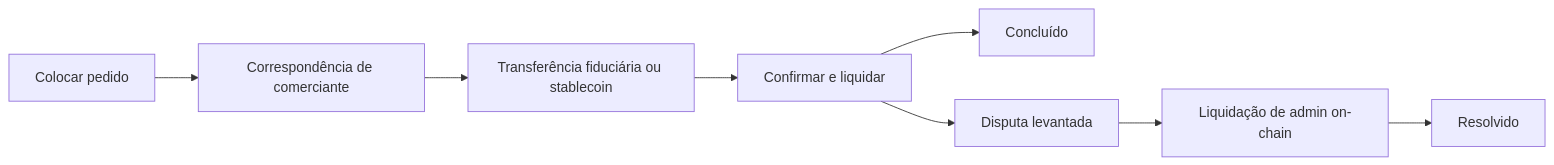
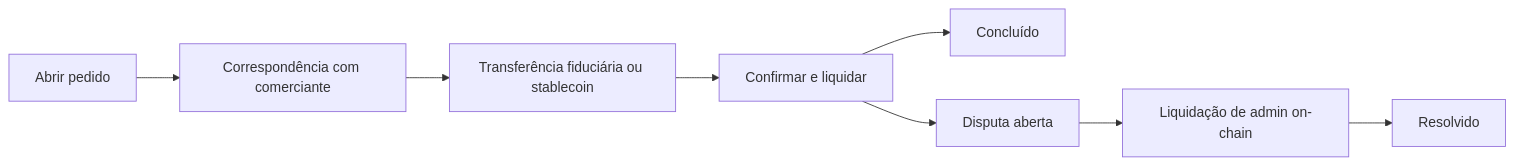
Before and after one commit to uditstocks/docs.p2pdotme: the diagram in translations/pt/whitepaper/03-3-system-overview.md, drawn with Mermaid. The commit also changed other lines of this file and 263 other files, not shown here.

````diff
--- a/translations/pt/whitepaper/03-3-system-overview.md
+++ b/translations/pt/whitepaper/03-3-system-overview.md
@@ -37,10 +37,10 @@
 ```mermaid
 flowchart LR
-    place[Colocar pedido] --> match[Correspondência de comerciante]
+    place[Abrir pedido] --> match[Correspondência com comerciante]
     match --> transfer[Transferência fiduciária ou stablecoin]
     transfer --> confirm[Confirmar e liquidar]
     confirm --> done[Concluído]
-    confirm --> dispute[Disputa levantada]
+    confirm --> dispute[Disputa aberta]
     dispute --> adminSettle[Liquidação de admin on-chain]
     adminSettle --> resolved[Resolvido]
 ```
````
